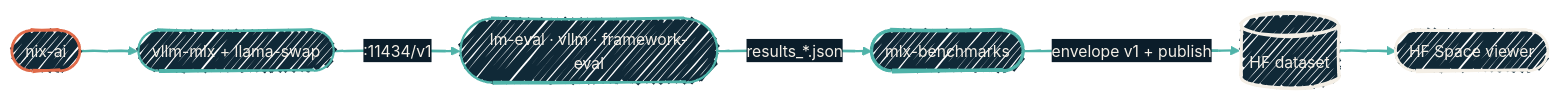
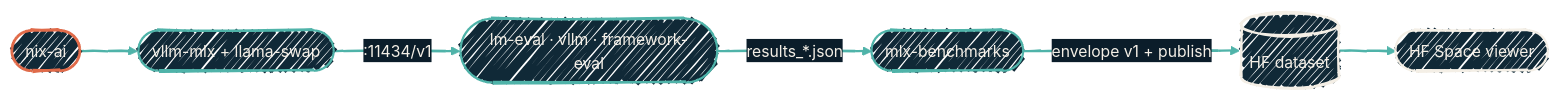
One commit to dryvist/docs changed the diagram in tools/mlx-benchmarks.mdx. Above: the diagram before and after it, drawn with Mermaid. The commit also changed 6 other files, not shown here.

````diff
--- a/tools/mlx-benchmarks.mdx
+++ b/tools/mlx-benchmarks.mdx
@@ -27,28 +27,28 @@
 ```mermaid
 %%{init: {'theme':'base','look':'handDrawn','themeVariables':{'fontFamily':'Geist','fontSize':'14px','primaryColor':'#102937','primaryTextColor':'#F4EFE6','primaryBorderColor':'#4FB3A9','lineColor':'#4FB3A9','secondaryColor':'#0B1D2A','tertiaryColor':'#1A2A38','clusterBkg':'rgba(79,179,169,0.08)','clusterBorder':'#4FB3A9'}}}%%
 flowchart LR
   NixAI([nix-ai])
   Serve([vllm-mlx + llama-swap])
   Eval([lm-eval · vllm · framework-eval])
   Bench([mlx-benchmarks])
   Dataset[("HF dataset")]
   Viewer([HF Space viewer])
 
   NixAI --> Serve
   Serve -->|":11434/v1"| Eval
   Eval -->|"results_*.json"| Bench
   Bench -->|"envelope v1 + publish"| Dataset
   Dataset --> Viewer
 
   classDef source fill:#102937,stroke:#E06B4A,stroke-width:2.5px,color:#F4EFE6;
   classDef stack  fill:#102937,stroke:#4FB3A9,stroke-width:2px,color:#F4EFE6;
-  classDef core   fill:#102937,stroke:#4FB3A9,stroke-width:3px,color:#F4EFE6;
-  classDef sink   fill:#102937,stroke:#F4EFE6,stroke-width:2.5px,color:#F4EFE6;
+  classDef core   fill:#102937,stroke:#4FB3A9,stroke-width:2px,color:#F4EFE6;
+  classDef sink   fill:#102937,stroke:#F4EFE6,stroke-width:2px,color:#F4EFE6;
 
   class NixAI source
   class Serve,Eval stack
   class Bench core
   class Dataset,Viewer sink
 
   linkStyle 0,1,2,3,4 stroke:#4FB3A9,stroke-width:2px;
 ```
````
